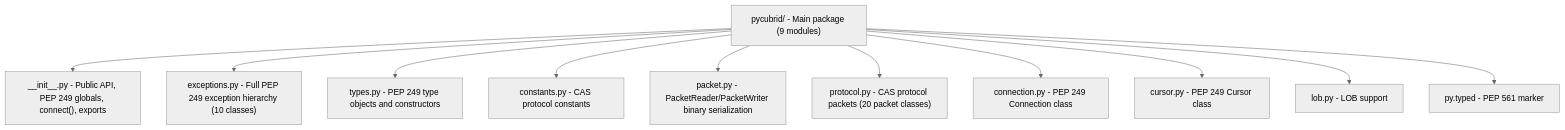
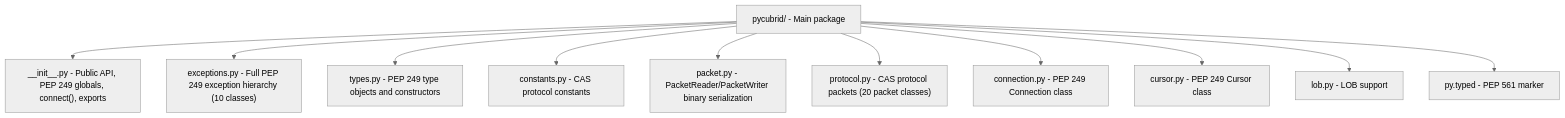
Before and after one commit to cubrid-lab/pycubrid: the first of 3 diagrams in AGENTS.md, drawn with Mermaid (neutral theme). The commit also changed other lines of this file and 16 other files, not shown here.

````diff
--- a/AGENTS.md
+++ b/AGENTS.md
@@ -18,25 +22,25 @@
 ```mermaid
 graph TD
-    root["pycubrid/ - Main package (9 modules)"]
+    root["pycubrid/ - Main package"]
     init["__init__.py - Public API, PEP 249 globals, connect(), exports"]
     exceptions["exceptions.py - Full PEP 249 exception hierarchy (10 classes)"]
     types[types.py - PEP 249 type objects and constructors]
     constants[constants.py - CAS protocol constants]
     packet[packet.py - PacketReader/PacketWriter binary serialization]
     protocol["protocol.py - CAS protocol packets (20 packet classes)"]
     connection[connection.py - PEP 249 Connection class]
     cursor[cursor.py - PEP 249 Cursor class]
     lob[lob.py - LOB support]
     typed[py.typed - PEP 561 marker]
 
     root --> init
     root --> exceptions
     root --> types
     root --> constants
     root --> packet
     root --> protocol
     root --> connection
     root --> cursor
     root --> lob
     root --> typed
 ```
````
